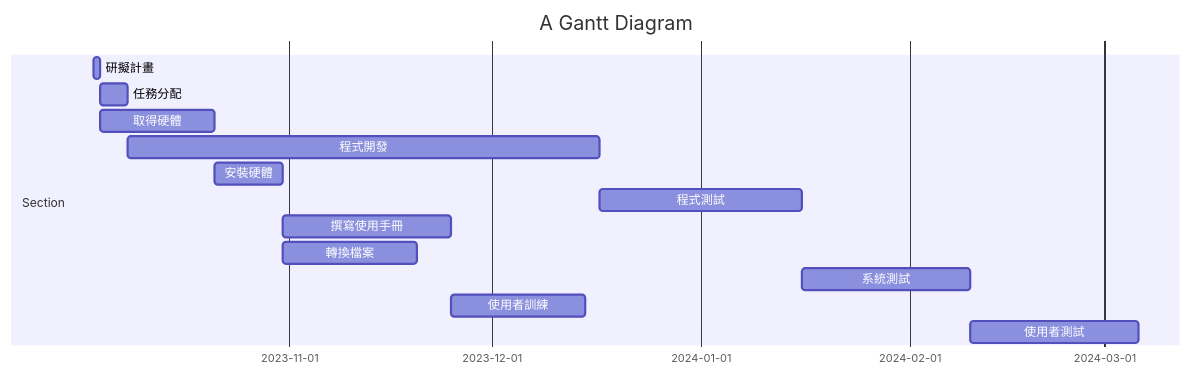
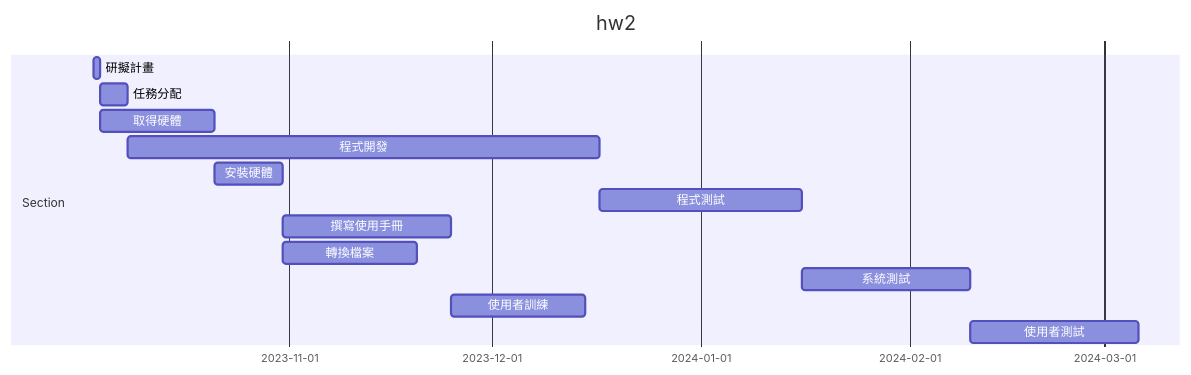
Before and after one commit to Zoey1216/20230919: the diagram in hw2.md, drawn with Mermaid. The commit also changed other lines of this file, not shown here.

````diff
--- a/hw2.md
+++ b/hw2.md
@@ -7,17 +8,17 @@
 ```mermaid
 gantt
-    title A Gantt Diagram
+    title hw2
 
     section Section
     研擬計畫     :a1, 2023-10-03, 1d
     任務分配     :a2, after a1  , 4d
     取得硬體     :a3, after a1  , 17d
     程式開發     :a4, after a2 , 70d
     安裝硬體     :a5, after a3  , 10d
     程式測試     :a6, after a4  , 30d
     撰寫使用手冊 :a7, after  a5  , 25d
     轉換檔案     :a8, after a5  , 20d
     系統測試     :a9, after a6  , 25d
     使用者訓練    :a10, after a7 a8  , 20d
     使用者測試    :a11, after a9 a10 , 25d
 ```
````
